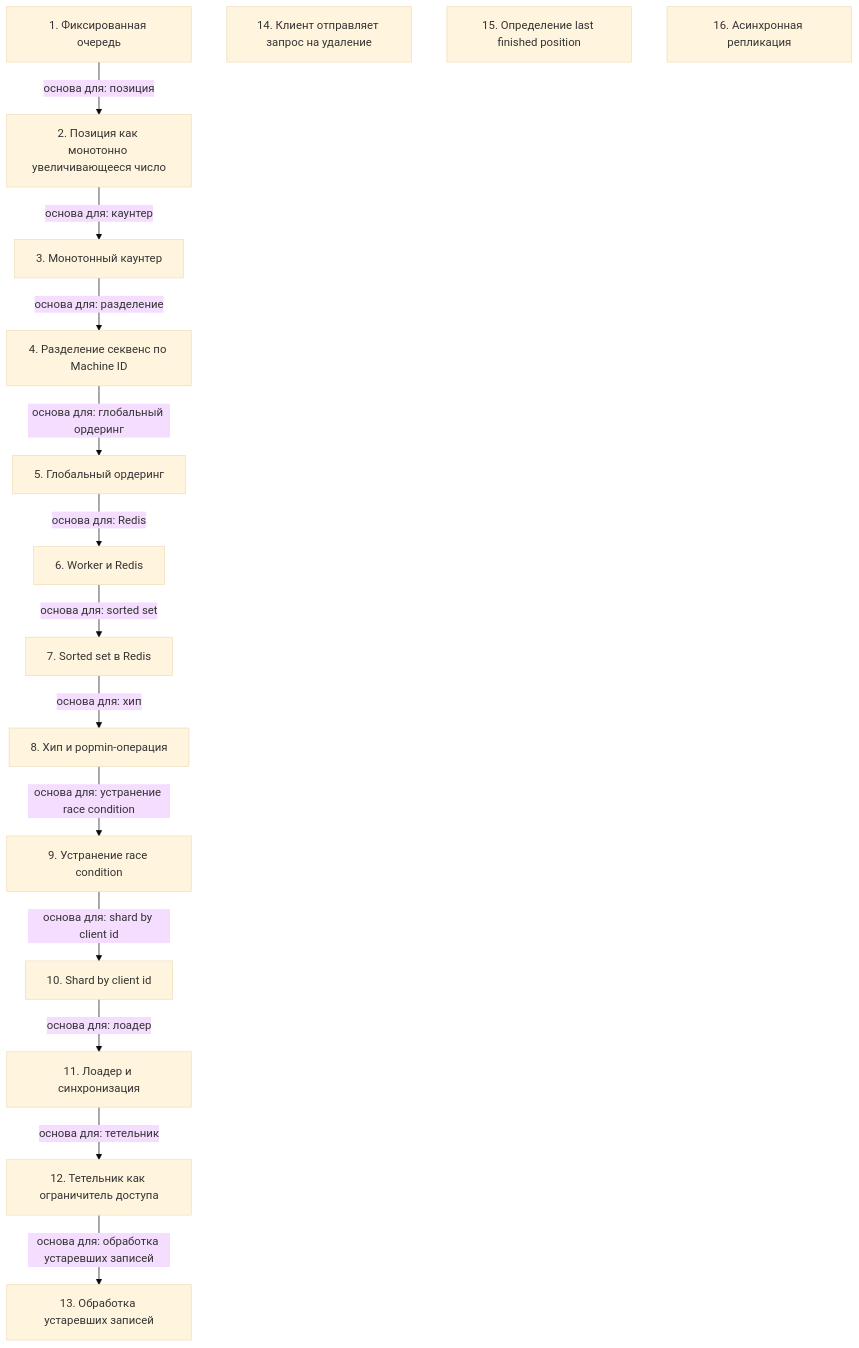
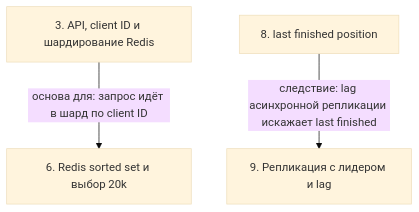
Before and after one commit to AsoloCode/notes: the diagram in SSL.BAND Систем Дизайн/08 - Семинары — follow_up_virtual_waiting_queue_room/notes.md, drawn with Mermaid (base theme). The commit also changed other lines of this file and 391 other files, not shown here.

````diff
--- a/SSL.BAND Систем Дизайн/08 - Семинары — follow_up_virtual_waiting_queue_room/notes.md
+++ b/SSL.BAND Систем Дизайн/08 - Семинары — follow_up_virtual_waiting_queue_room/notes.md
@@ -153,31 +97,9 @@
 ```mermaid
 flowchart TD
-    n1["1. Фиксированная очередь"]
-    n2["2. Позиция как монотонно увеличивающееся число"]
-    n3["3. Монотонный каунтер"]
-    n4["4. Разделение секвенс по Machine ID"]
-    n5["5. Глобальный ордеринг"]
-    n6["6. Worker и Redis"]
-    n7["7. Sorted set в Redis"]
-    n8["8. Хип и popmin-операция"]
-    n9["9. Устранение race condition"]
-    n10["10. Shard by client id"]
-    n11["11. Лоадер и синхронизация"]
-    n12["12. Тетельник как ограничитель доступа"]
-    n13["13. Обработка устаревших записей"]
-    n14["14. Клиент отправляет запрос на удаление"]
-    n15["15. Определение last finished position"]
-    n16["16. Асинхронная репликация"]
-    n1 -->|основа для: позиция| n2
-    n2 -->|основа для: каунтер| n3
-    n3 -->|основа для: разделение| n4
-    n4 -->|основа для: глобальный ордеринг| n5
-    n5 -->|основа для: Redis| n6
-    n6 -->|основа для: sorted set| n7
-    n7 -->|основа для: хип| n8
-    n8 -->|основа для: устранение race condition| n9
-    n9 -->|основа для: shard by client id| n10
-    n10 -->|основа для: лоадер| n11
-    n11 -->|основа для: тетельник| n12
-    n12 -->|основа для: обработка устаревших записей| n13
+    n3["3. API, client ID и шардирование Redis"]
+    n6["6. Redis sorted set и выбор 20k"]
+    n8["8. last finished position"]
+    n9["9. Репликация с лидером и lag"]
+    n3 -->|основа для: запрос идёт в шард по client ID| n6
+    n8 -->|следствие: lag асинхронной репликации искажает last finished| n9
 ```
````
